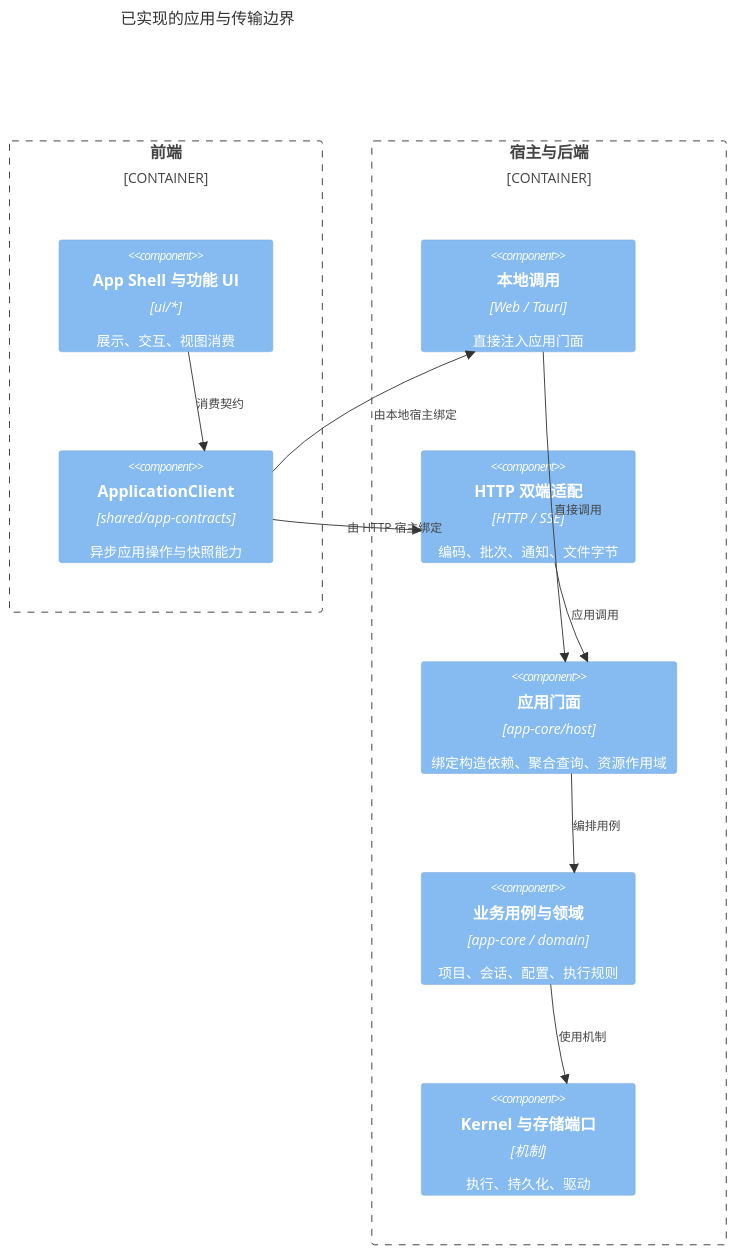
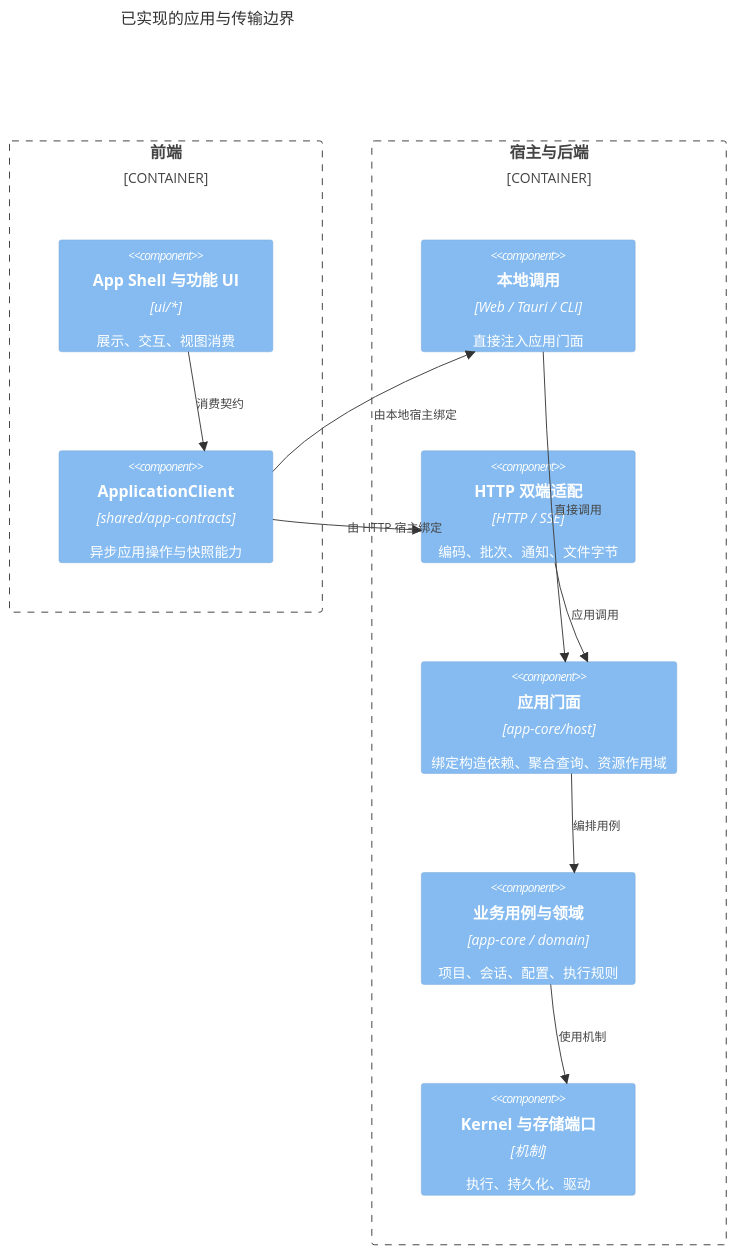
The diagram in doc/design/frontend-backend-modules.md (mushuanli/NestOS), drawn with Mermaid before and after one commit. The commit also changed other lines of this file and 136 other files, not shown here.

Commit message:
refactor(host): unify application clients across CLI HTTP and Tauri

````diff
--- a/doc/design/frontend-backend-modules.md
+++ b/doc/design/frontend-backend-modules.md
@@ -48,22 +50,22 @@
 ```mermaid
 C4Component
     title 已实现的应用与传输边界
     Container_Boundary(frontend, "前端") {
         Component(ui, "App Shell 与功能 UI", "ui/*", "展示、交互、视图消费")
         Component(client, "ApplicationClient", "shared/app-contracts", "异步应用操作与快照能力")
     }
     Container_Boundary(host, "宿主与后端") {
-        Component(local, "本地调用", "Web / Tauri", "直接注入应用门面")
+        Component(local, "本地调用", "Web / Tauri / CLI", "直接注入应用门面")
         Component(http, "HTTP 双端适配", "HTTP / SSE", "编码、批次、通知、文件字节")
         Component(view, "应用门面", "app-core/host", "绑定构造依赖、聚合查询、资源作用域")
         Component(domain, "业务用例与领域", "app-core / domain", "项目、会话、配置、执行规则")
         Component(kernel, "Kernel 与存储端口", "机制", "执行、持久化、驱动")
     }
     Rel(ui, client, "消费契约")
     Rel(client, local, "由本地宿主绑定")
     Rel(client, http, "由 HTTP 宿主绑定")
     Rel(local, view, "直接调用")
     Rel(http, view, "应用调用")
     Rel(view, domain, "编排用例")
     Rel(domain, kernel, "使用机制")
 ```
````
